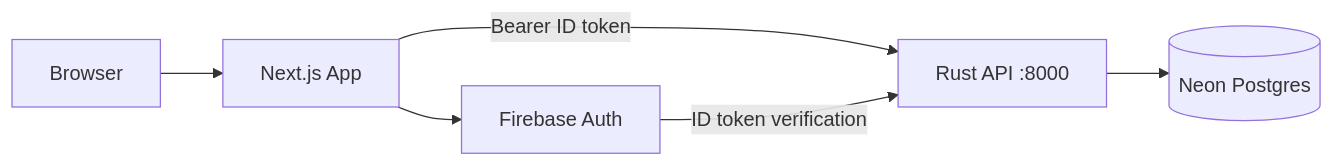
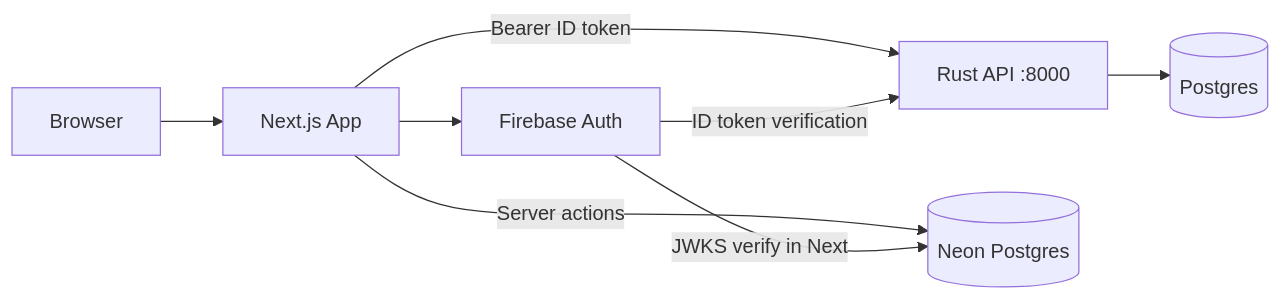
The first of 2 diagrams in README.md (ab5fr/uj-ai-club-frontend), drawn with Mermaid before and after one commit. The commit also changed other lines of this file and 23 other files, not shown here.

````diff
--- a/README.md
+++ b/README.md
@@ -65,8 +64,10 @@
 ```mermaid
 flowchart LR
   browser[Browser] --> nextApp[Next.js App]
   nextApp --> firebase[Firebase Auth]
   nextApp -->|"Bearer ID token"| api[Rust API :8000]
-  api --> db[(Neon Postgres)]
+  nextApp -->|"Server actions"| neon[(Neon Postgres)]
+  api --> db[(Postgres)]
   firebase -->|"ID token verification"| api
+  firebase -->|"JWKS verify in Next"| neon
 ```
````
